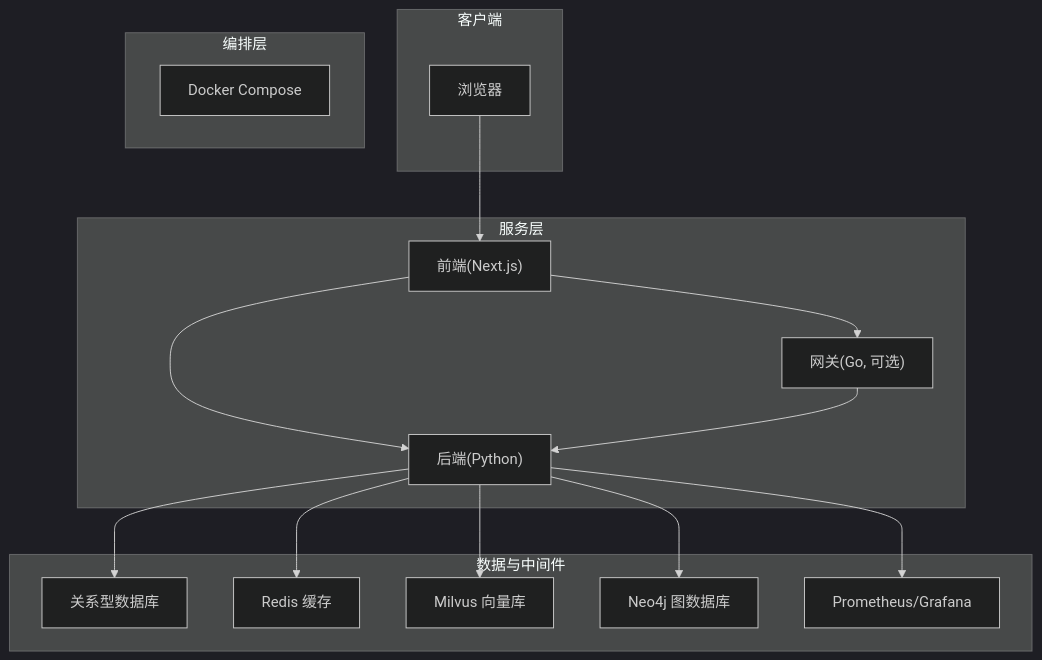
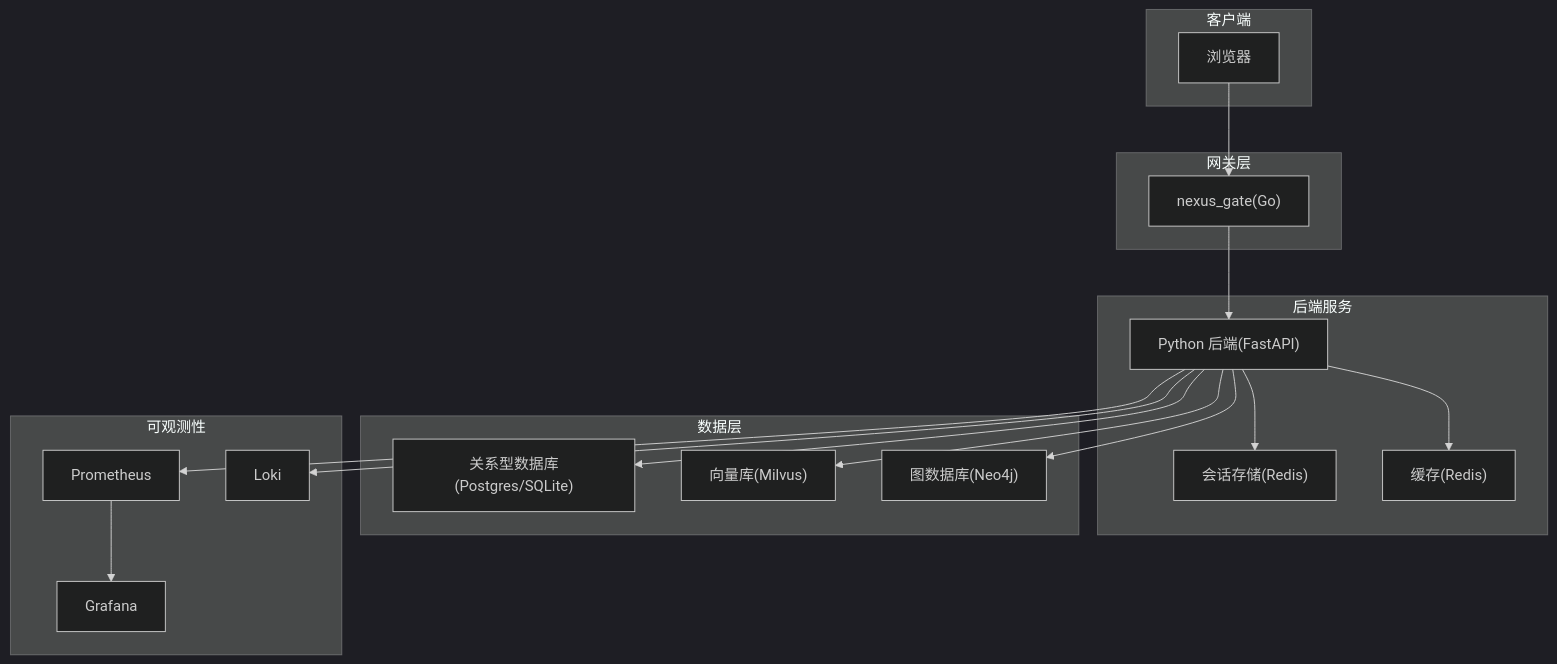
The first of 5 diagrams in .qoder/repowiki/zh/content/快速开始.md (zmdhdu/NexusCockpit), drawn with Mermaid (dark theme) before and after one commit. The commit also changed other lines of this file and 478 other files, not shown here.

````diff
--- a/.qoder/repowiki/zh/content/快速开始.md
+++ b/.qoder/repowiki/zh/content/快速开始.md
@@ -60,30 +72,34 @@
 ```mermaid
 graph TB
 subgraph "客户端"
 Browser["浏览器"]
 end
-subgraph "编排层"
-Compose["Docker Compose"]
+subgraph "网关层"
+Gateway["nexus_gate(Go)"]
 end
-subgraph "服务层"
-Frontend["前端(Next.js)"]
-Backend["后端(Python)"]
-Gateway["网关(Go, 可选)"]
+subgraph "后端服务"
+Backend["Python 后端(FastAPI)"]
+Session["会话存储(Redis)"]
+Cache["缓存(Redis)"]
 end
-subgraph "数据与中间件"
-DB["关系型数据库"]
-Cache["Redis 缓存"]
-Vector["Milvus 向量库"]
-Graph["Neo4j 图数据库"]
-Metrics["Prometheus/Grafana"]
+subgraph "数据层"
+DB["关系型数据库(Postgres/SQLite)"]
+Vector["向量库(Milvus)"]
+Graph["图数据库(Neo4j)"]
 end
-Browser --> Frontend
-Frontend --> Backend
-Frontend --> Gateway
+subgraph "可观测性"
+Prometheus["Prometheus"]
+Grafana["Grafana"]
+Loki["Loki"]
+end
+Browser --> Gateway
+Gateway --> Backend
 Backend --> DB
-Backend --> Cache
 Backend --> Vector
 Backend --> Graph
-Backend --> Metrics
-Gateway --> Backend
+Backend --> Session
+Backend --> Cache
+Backend --> Prometheus
+Prometheus --> Grafana
+Backend --> Loki
 ```
````
